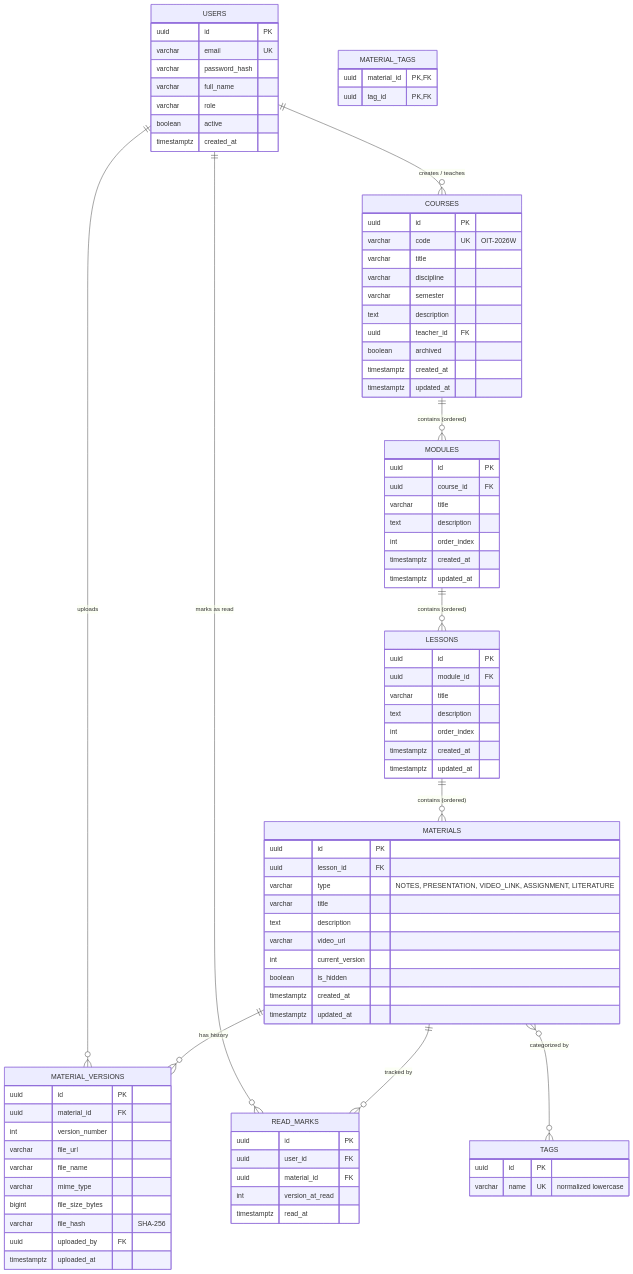
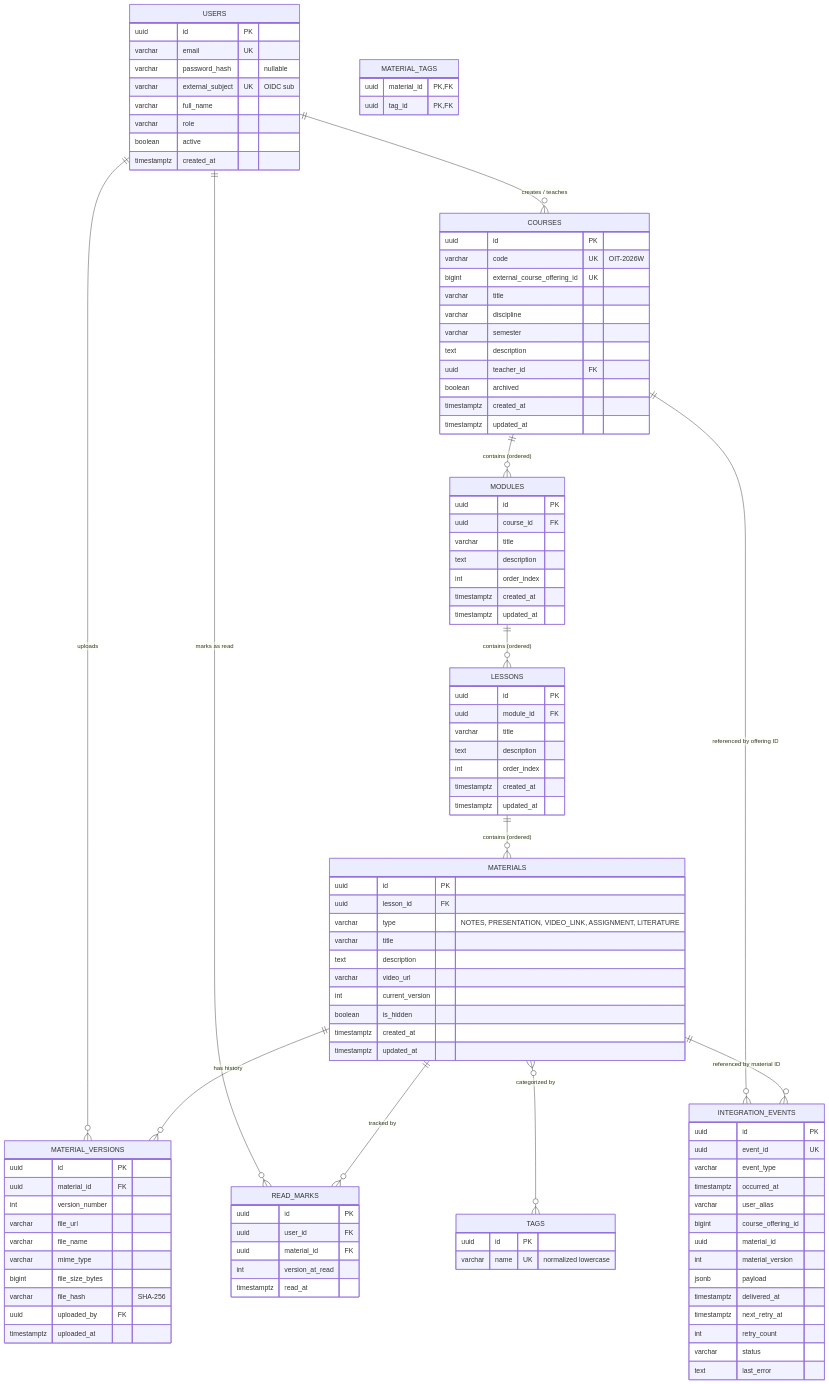
The diagram in docs/DATA_MODEL.md (RemzieK/Courseware-pipeline), drawn with Mermaid before and after one commit. The commit also changed other lines of this file and 10 other files, not shown here.

````diff
--- a/docs/DATA_MODEL.md
+++ b/docs/DATA_MODEL.md
@@ -27,6 +27,16 @@
     USERS ||--o{ COURSES : "creates / teaches"
     USERS ||--o{ READ_MARKS : "marks as read"
     USERS ||--o{ MATERIAL_VERSIONS : "uploads"
+    USERS {
+        uuid id PK
+        varchar email UK
+        varchar password_hash "nullable"
+        varchar external_subject UK "OIDC sub"
+        varchar full_name
+        varchar role
+        boolean active
+        timestamptz created_at
+    }
 
     COURSES ||--o{ MODULES : "contains (ordered)"
     MODULES ||--o{ LESSONS : "contains (ordered)"
@@ -36,19 +46,13 @@
     MATERIALS ||--o{ READ_MARKS : "tracked by"
     MATERIALS }o--o{ TAGS : "categorized by"
 
-    USERS {
-        uuid id PK
-        varchar email UK
-        varchar password_hash
-        varchar full_name
-        varchar role
-        boolean active
-        timestamptz created_at
-    }
+    COURSES ||--o{ INTEGRATION_EVENTS : "referenced by offering ID"
+    MATERIALS ||--o{ INTEGRATION_EVENTS : "referenced by material ID"
 
     COURSES {
         uuid id PK
         varchar code UK "OIT-2026W"
+        bigint external_course_offering_id UK
         varchar title
         varchar discipline
         varchar semester
@@ -122,4 +126,21 @@
         int version_at_read
         timestamptz read_at
     }
+
+    INTEGRATION_EVENTS {
+        uuid id PK
+        uuid event_id UK
+        varchar event_type
+        timestamptz occurred_at
+        varchar user_alias
+        bigint course_offering_id
+        uuid material_id
+        int material_version
+        jsonb payload
+        timestamptz delivered_at
+        timestamptz next_retry_at
+        int retry_count
+        varchar status
+        text last_error
+    }
 ```
````
